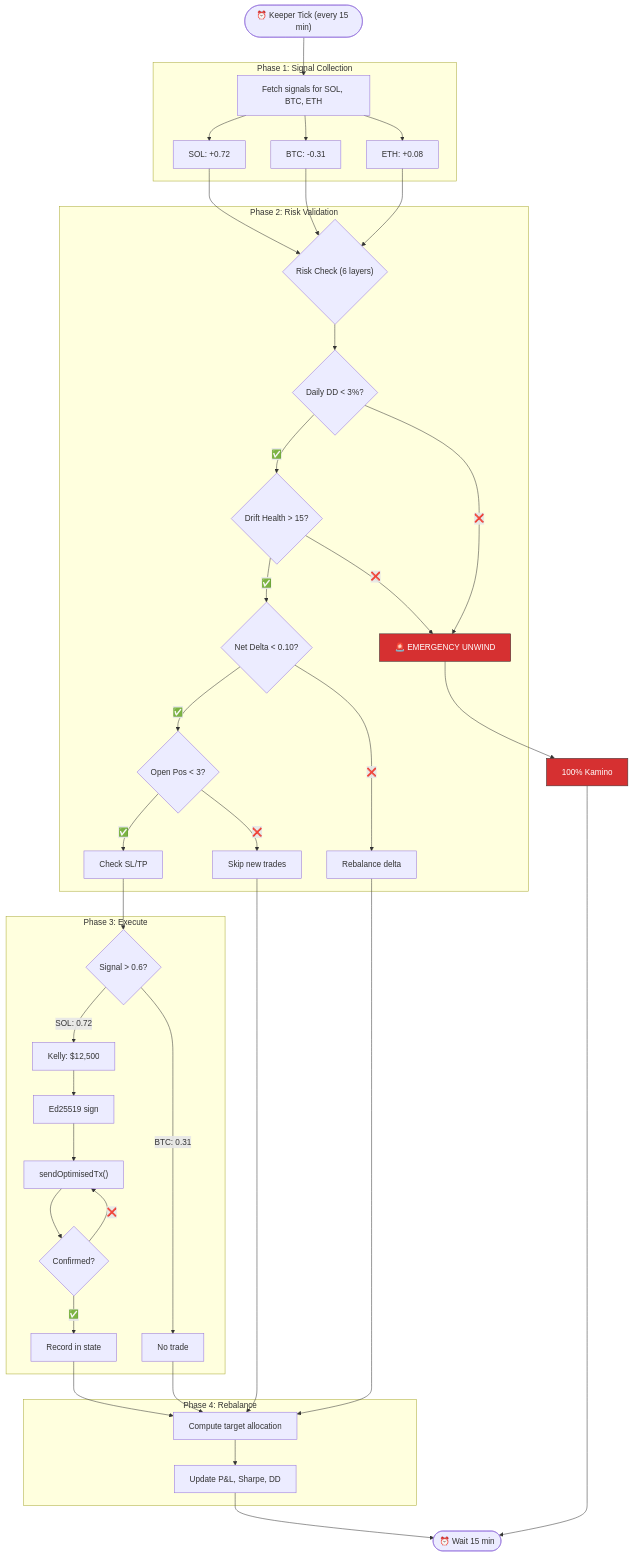
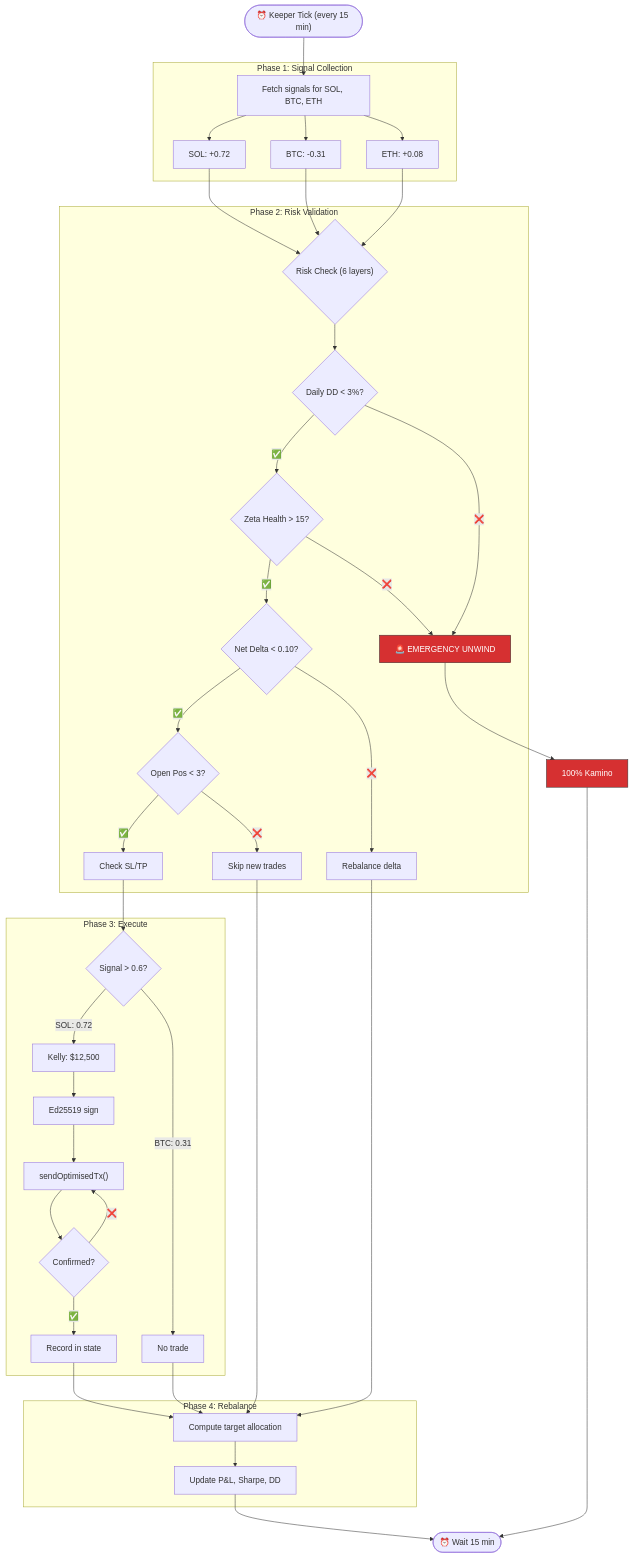
The ninth of 20 diagrams in docs/ARCHITECTURE.md (Ashutosh0x/ranger-ai-vault), drawn with Mermaid before and after one commit. The commit also changed other lines of this file and 82 other files, not shown here.

Commit message:
feat: pivot from Drift to Zeta Markets and add walk-forward backtest results

````diff
--- a/docs/ARCHITECTURE.md
+++ b/docs/ARCHITECTURE.md
@@ -671,51 +671,51 @@
 ```mermaid
 flowchart TD
     Start(["⏰ Keeper Tick (every 15 min)"]) --> FetchSignals
 
     subgraph FetchPhase["Phase 1: Signal Collection"]
         FetchSignals["Fetch signals for SOL, BTC, ETH"]
         FetchSignals --> SignalSOL["SOL: +0.72"]
         FetchSignals --> SignalBTC["BTC: -0.31"]
         FetchSignals --> SignalETH["ETH: +0.08"]
     end
 
     subgraph RiskPhase["Phase 2: Risk Validation"]
         SignalSOL --> RiskCheck{"Risk Check (6 layers)"}
         SignalBTC --> RiskCheck
         SignalETH --> RiskCheck
         RiskCheck --> DD{"Daily DD < 3%?"}
-        DD -->|"✅"| Health{"Drift Health > 15?"}
+        DD -->|"✅"| Health{"Zeta Health > 15?"}
         DD -->|"❌"| Emergency["🚨 EMERGENCY UNWIND"]
         Health -->|"✅"| Delta{"Net Delta < 0.10?"}
         Health -->|"❌"| Emergency
         Delta -->|"✅"| Positions{"Open Pos < 3?"}
         Delta -->|"❌"| Rehedge["Rebalance delta"]
         Positions -->|"✅"| CheckSL["Check SL/TP"]
         Positions -->|"❌"| SkipNew["Skip new trades"]
     end
 
     subgraph TradePhase["Phase 3: Execute"]
         CheckSL --> NewTrades{"Signal > 0.6?"}
         NewTrades -->|"SOL: 0.72"| SizeTrade["Kelly: $12,500"]
         NewTrades -->|"BTC: 0.31"| NoTrade["No trade"]
         SizeTrade --> Attest["Ed25519 sign"]
         Attest --> SendTx["sendOptimisedTx()"]
         SendTx --> Confirm{"Confirmed?"}
         Confirm -->|"✅"| Record["Record in state"]
         Confirm -->|"❌"| SendTx
     end
 
     subgraph RebalancePhase["Phase 4: Rebalance"]
         Record --> Rebalance["Compute target allocation"]
         NoTrade --> Rebalance
         SkipNew --> Rebalance
         Rehedge --> Rebalance
         Rebalance --> UpdateMetrics["Update P&L, Sharpe, DD"]
     end
 
     UpdateMetrics --> End(["⏰ Wait 15 min"])
     Emergency --> SafeMode["100% Kamino"] --> End
 
     classDef emergency fill:#d63031,stroke:#333,color:#fff
     class Emergency,SafeMode emergency
 ```
````
